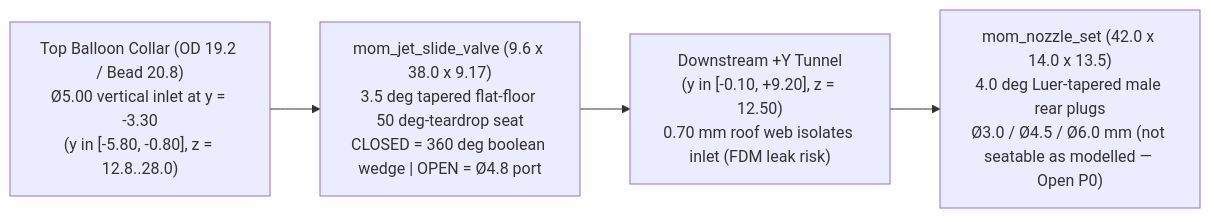
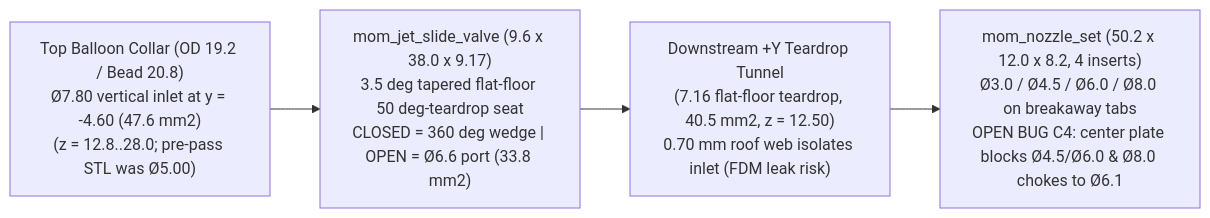
Before and after one commit to diydan/ToyVentor: the second of 2 diagrams in docs/specs/functional-print-mechanics-spec.md, drawn with Mermaid. The commit also changed other lines of this file and 6 other files, not shown here.

````diff
--- a/docs/specs/functional-print-mechanics-spec.md
+++ b/docs/specs/functional-print-mechanics-spec.md
@@ -179,8 +182,8 @@
 ```mermaid
 flowchart LR
-  Collar["Top Balloon Collar (OD 19.2 / Bead 20.8)\nØ5.00 vertical inlet at y = -3.30\n(y in [-5.80, -0.80], z = 12.8..28.0)"]
-  Valve["mom_jet_slide_valve (9.6 x 38.0 x 9.17)\n3.5 deg tapered flat-floor 50 deg-teardrop seat\nCLOSED = 360 deg boolean wedge | OPEN = Ø4.8 port"]
-  Tunnel["Downstream +Y Tunnel\n(y in [-0.10, +9.20], z = 12.50)\n0.70 mm roof web isolates inlet (FDM leak risk)"]
-  Nozzle["mom_nozzle_set (42.0 x 14.0 x 13.5)\n4.0 deg Luer-tapered male rear plugs\nØ3.0 / Ø4.5 / Ø6.0 mm (not seatable as modelled — Open P0)"]
+  Collar["Top Balloon Collar (OD 19.2 / Bead 20.8)\nØ7.80 vertical inlet at y = -4.60 (47.6 mm2)\n(z = 12.8..28.0; pre-pass STL was Ø5.00)"]
+  Valve["mom_jet_slide_valve (9.6 x 38.0 x 9.17)\n3.5 deg tapered flat-floor 50 deg-teardrop seat\nCLOSED = 360 deg wedge | OPEN = Ø6.6 port (33.8 mm2)"]
+  Tunnel["Downstream +Y Teardrop Tunnel\n(7.16 flat-floor teardrop, 40.5 mm2, z = 12.50)\n0.70 mm roof web isolates inlet (FDM leak risk)"]
+  Nozzle["mom_nozzle_set (50.2 x 12.0 x 8.2, 4 inserts)\nØ3.0 / Ø4.5 / Ø6.0 / Ø8.0 on breakaway tabs\nOPEN BUG C4: center plate blocks Ø4.5/Ø6.0 & Ø8.0 chokes to Ø6.1"]
   Collar --> Valve --> Tunnel --> Nozzle
 ```
````
